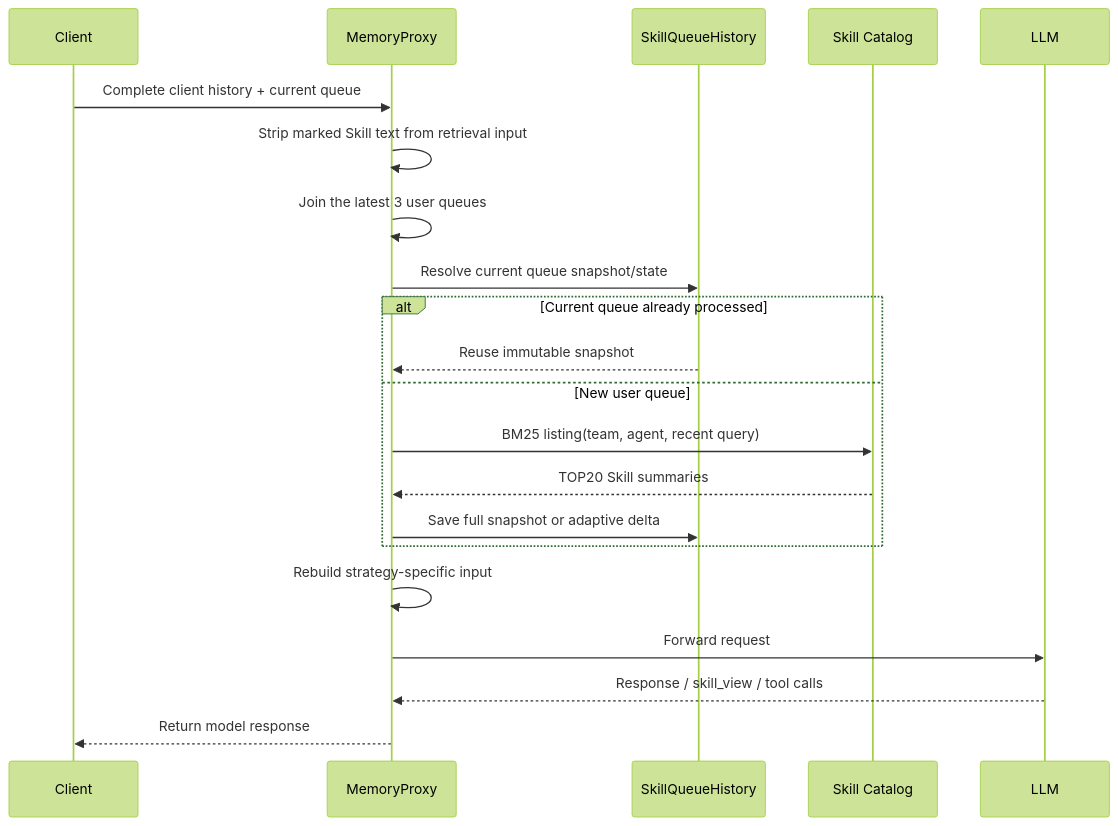
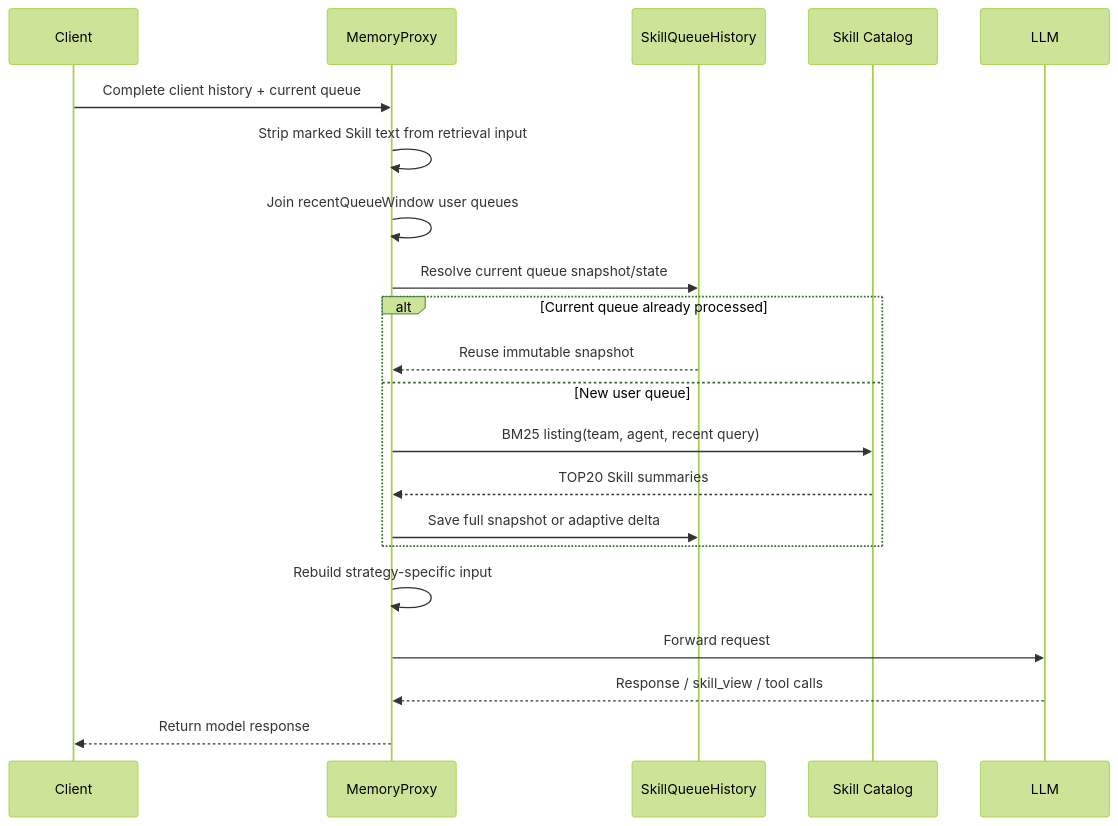
One commit to TencentCloud/TencentDB-Agent-Memory changed the second of 3 diagrams in docs/skill-queue-dynamic-injection.md. Above: the diagram before and after it, drawn with Mermaid (forest theme). The commit also changed other lines of this file and 7 other files, not shown here.

````diff
--- a/docs/skill-queue-dynamic-injection.md
+++ b/docs/skill-queue-dynamic-injection.md
@@ -72,24 +72,24 @@
 ```mermaid
 sequenceDiagram
     participant C as Client
     participant P as MemoryProxy
     participant H as SkillQueueHistory
     participant S as Skill Catalog
     participant L as LLM
 
     C->>P: Complete client history + current queue
     P->>P: Strip marked Skill text from retrieval input
-    P->>P: Join the latest 3 user queues
+    P->>P: Join recentQueueWindow user queues
     P->>H: Resolve current queue snapshot/state
     alt Current queue already processed
         H-->>P: Reuse immutable snapshot
     else New user queue
         P->>S: BM25 listing(team, agent, recent query)
         S-->>P: TOP20 Skill summaries
         P->>H: Save full snapshot or adaptive delta
     end
     P->>P: Rebuild strategy-specific input
     P->>L: Forward request
     L-->>P: Response / skill_view / tool calls
     P-->>C: Return model response
 ```
````
